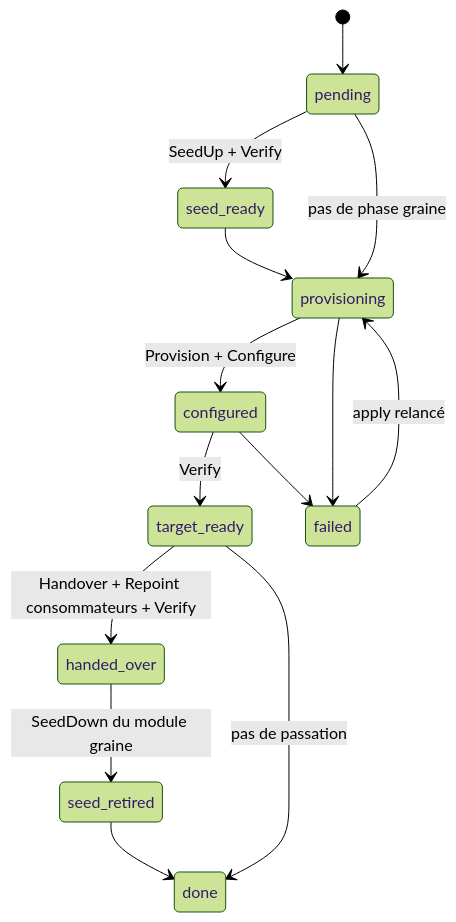
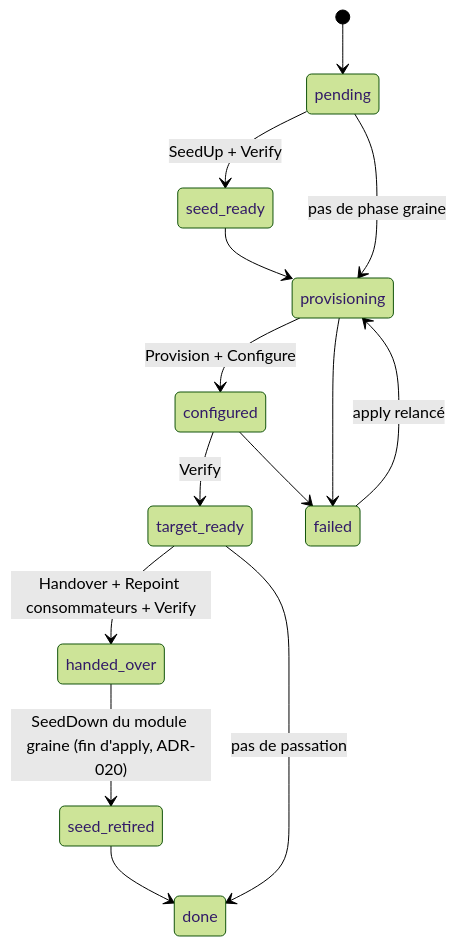
The diagram in docs/03-contrat-module.md (WhiteRoseLK/genesis), drawn with Mermaid (forest theme) before and after one commit. The commit also changed 5 other files, not shown here.

First line of the commit message:
docs: ADR-020 retrait automatique de la graine, J8 terminé

````diff
--- a/docs/03-contrat-module.md
+++ b/docs/03-contrat-module.md
@@ -123,16 +123,16 @@
 ```mermaid
 stateDiagram-v2
   [*] --> pending
   pending --> seed_ready: SeedUp + Verify
   pending --> provisioning: pas de phase graine
   seed_ready --> provisioning
   provisioning --> configured: Provision + Configure
   configured --> target_ready: Verify
   target_ready --> handed_over: Handover + Repoint consommateurs + Verify
-  handed_over --> seed_retired: SeedDown du module graine
+  handed_over --> seed_retired: SeedDown du module graine (fin d'apply, ADR-020)
   target_ready --> done: pas de passation
   seed_retired --> done
   provisioning --> failed
   configured --> failed
   failed --> provisioning: apply relancé
 ```
````
